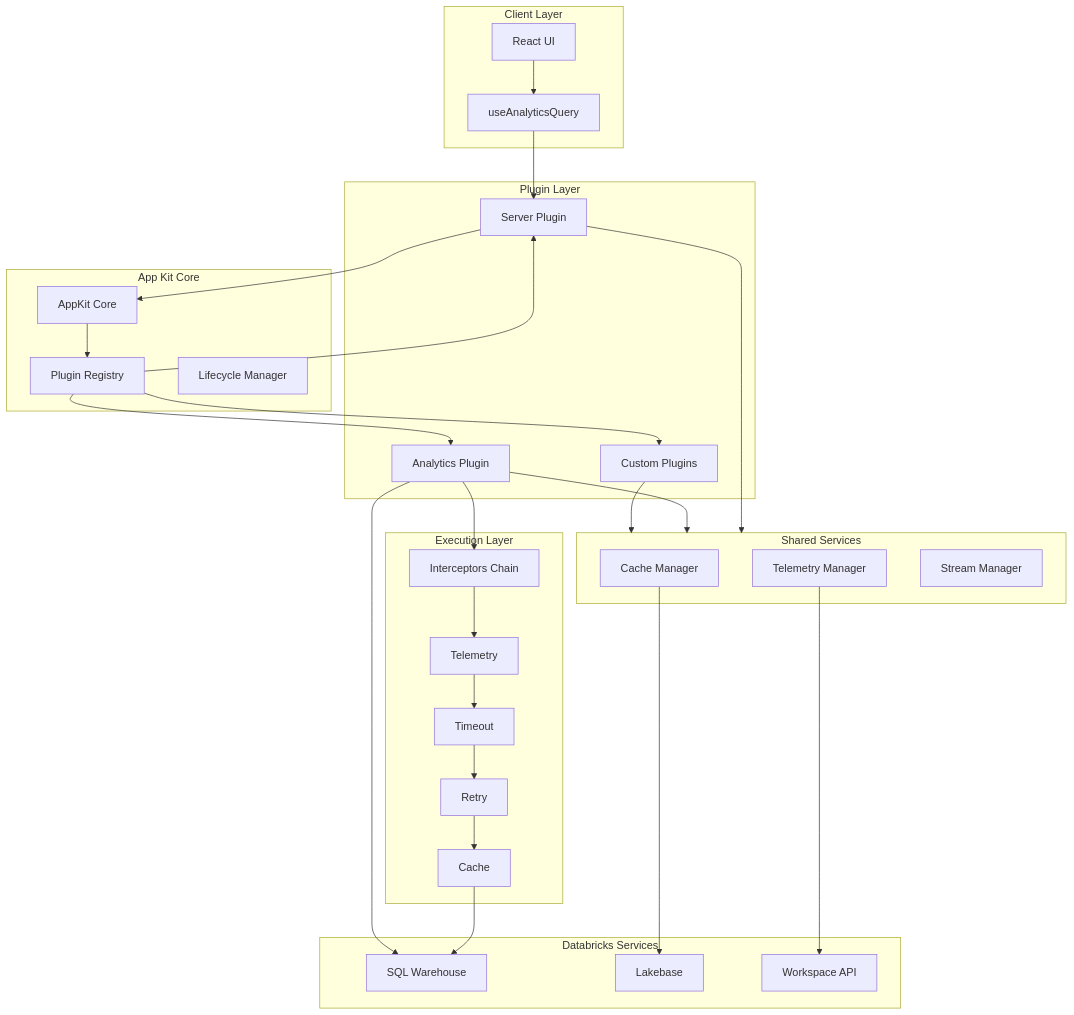
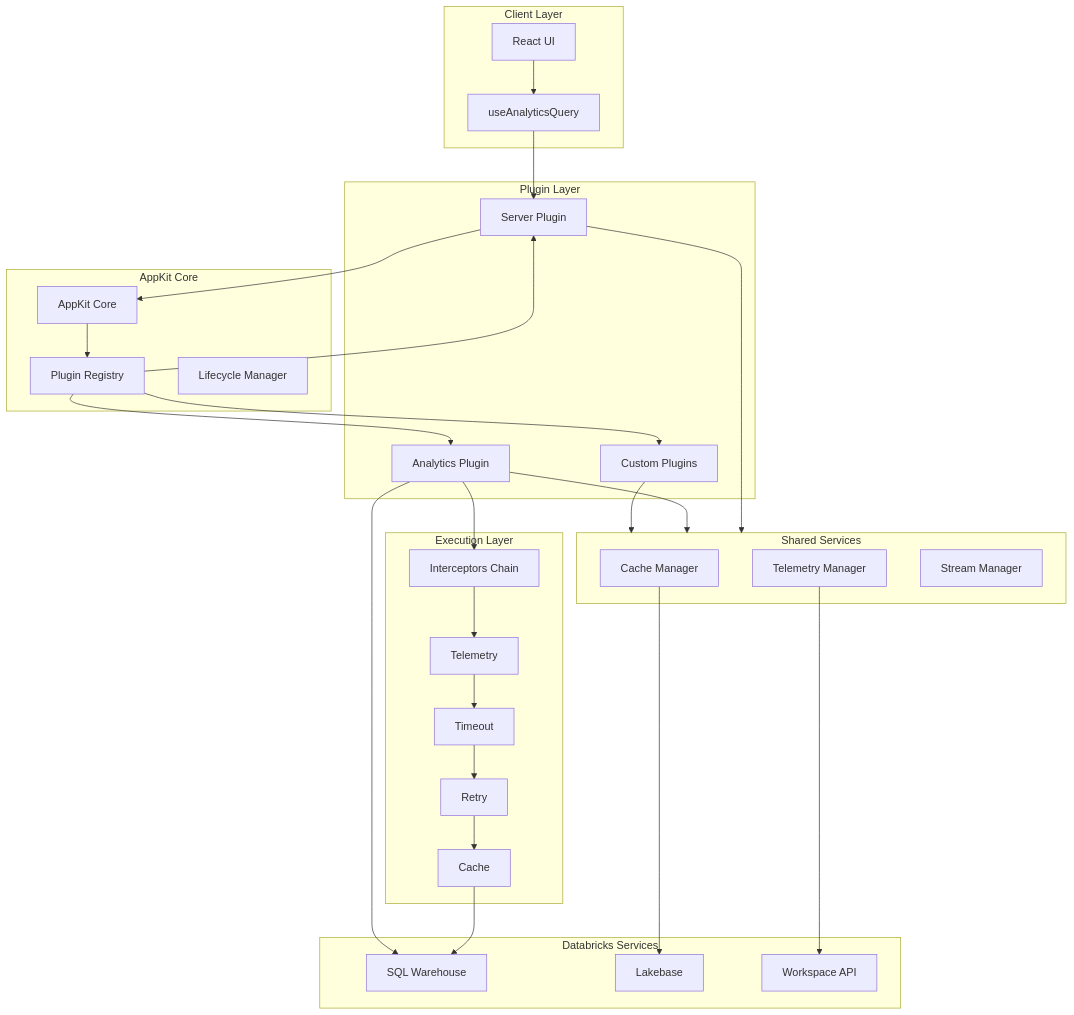
One commit to databricks/appkit changed the first of 2 diagrams in docs/docs/core-concepts/architecture.md. Above: the diagram before and after it, drawn with Mermaid. The commit also changed other lines of this file and 4 other files, not shown here.

````diff
--- a/docs/docs/core-concepts/architecture.md
+++ b/docs/docs/core-concepts/architecture.md
@@ -9,62 +9,62 @@
 ```mermaid
 graph TB
     subgraph client [Client Layer]
         UI[React UI]
         Hooks[useAnalyticsQuery]
     end
     
-    subgraph appkit [App Kit Core]
+    subgraph appkit [AppKit Core]
         Core[AppKit Core]
         PluginRegistry[Plugin Registry]
         Lifecycle[Lifecycle Manager]
     end
     
     subgraph plugins [Plugin Layer]
         ServerPlugin[Server Plugin]
         AnalyticsPlugin[Analytics Plugin]
         CustomPlugin[Custom Plugins]
     end
     
     subgraph services [Shared Services]
         Cache[Cache Manager]
         Telemetry[Telemetry Manager]
         StreamMgr[Stream Manager]
     end
     
     subgraph execution [Execution Layer]
         Interceptors[Interceptors Chain]
         TelemetryInt[Telemetry]
         TimeoutInt[Timeout]
         RetryInt[Retry]
         CacheInt[Cache]
     end
     
     subgraph databricks [Databricks Services]
         SQLWarehouse[SQL Warehouse]
         Lakebase[Lakebase]
         Workspace[Workspace API]
     end
     
     UI --> Hooks
     Hooks --> ServerPlugin
     ServerPlugin --> Core
     Core --> PluginRegistry
     PluginRegistry --> ServerPlugin
     PluginRegistry --> AnalyticsPlugin
     PluginRegistry --> CustomPlugin
     
     ServerPlugin --> services
     AnalyticsPlugin --> services
     CustomPlugin --> services
     
     AnalyticsPlugin --> Interceptors
     Interceptors --> TelemetryInt
     TelemetryInt --> TimeoutInt
     TimeoutInt --> RetryInt
     RetryInt --> CacheInt
     
     CacheInt --> SQLWarehouse
     AnalyticsPlugin --> SQLWarehouse
     Cache --> Lakebase
     Telemetry --> Workspace
 ```
````
